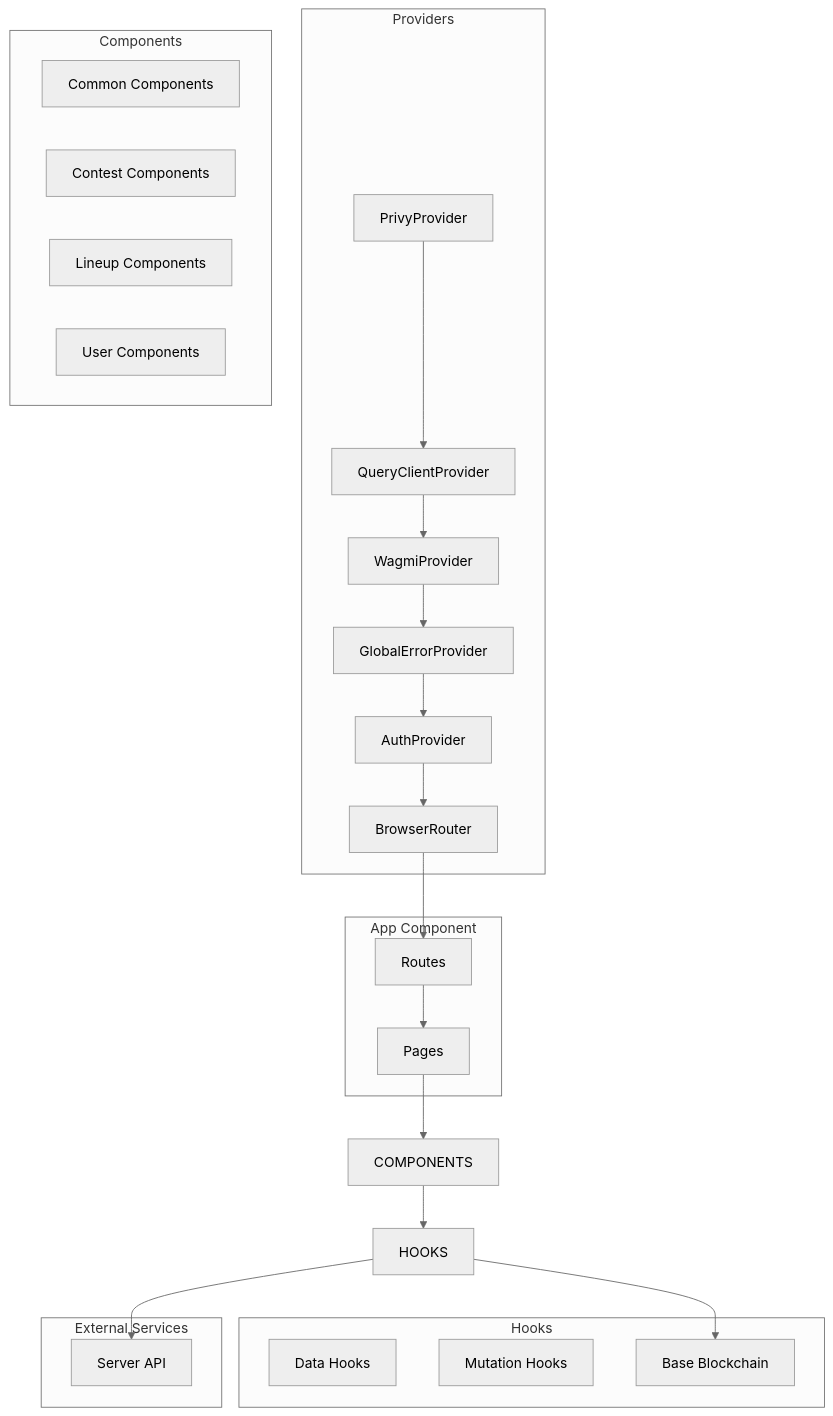
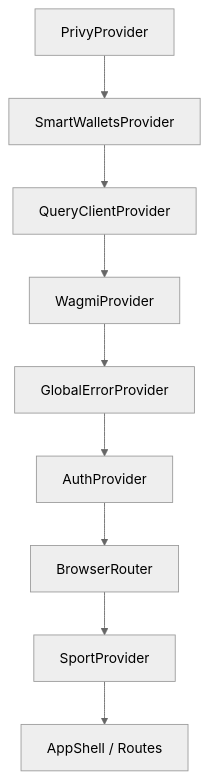
Before and after one commit to MagRelo/cut: the first of 3 diagrams in spec/client/architecture.md, drawn with Mermaid (neutral theme). The commit also changed other lines of this file and 214 other files, not shown here.

First line of the commit message:
Refactor platform architecture and enhance contest functionality

````diff
--- a/spec/client/architecture.md
+++ b/spec/client/architecture.md
@@ -5,46 +7,11 @@
 ```mermaid
 graph TB
-    subgraph providers[Providers]
-        PRIVY[PrivyProvider]
-        QUERY[QueryClientProvider]
-        WAGMI[WagmiProvider]
-        ERROR[GlobalErrorProvider]
-        AUTH[AuthProvider]
-        ROUTER[BrowserRouter]
-    end
-    
-    subgraph app[App Component]
-        ROUTES[Routes]
-        PAGES[Pages]
-    end
-    
-    subgraph components[Components]
-        COMMON[Common Components]
-        CONTEST[Contest Components]
-        LINEUP[Lineup Components]
-        USER[User Components]
-    end
-    
-    subgraph hooks[Hooks]
-        DATA[Data Hooks]
-        MUTATION[Mutation Hooks]
-        BLOCKCHAIN[Blockchain Hooks]
-    end
-    
-    subgraph external[External Services]
-        API[Server API]
-        BLOCKCHAIN[Base Blockchain]
-    end
-    
-    PRIVY --> QUERY
-    QUERY --> WAGMI
-    WAGMI --> ERROR
-    ERROR --> AUTH
-    AUTH --> ROUTER
-    ROUTER --> ROUTES
-    ROUTES --> PAGES
-    PAGES --> COMPONENTS
-    COMPONENTS --> HOOKS
-    HOOKS --> API
-    HOOKS --> BLOCKCHAIN
+  PRIVY[PrivyProvider] --> SW[SmartWalletsProvider]
+  SW --> RQ[QueryClientProvider]
+  RQ --> WAGMI[WagmiProvider]
+  WAGMI --> ERR[GlobalErrorProvider]
+  ERR --> AUTH[AuthProvider]
+  AUTH --> ROUTER[BrowserRouter]
+  ROUTER --> SPORT[SportProvider]
+  SPORT --> APP[AppShell / Routes]
 ```
````
